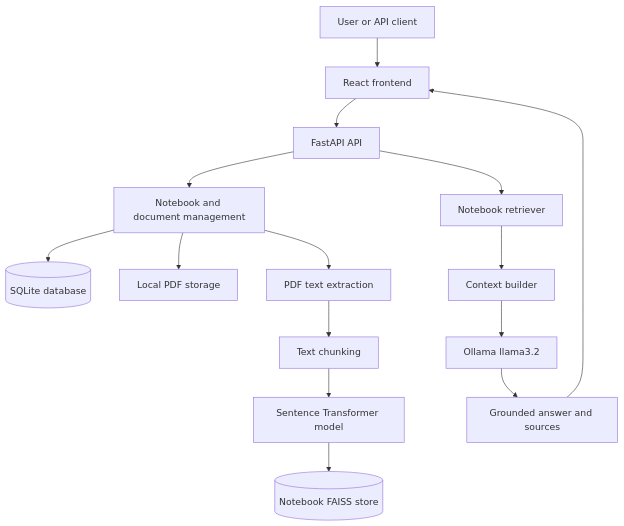
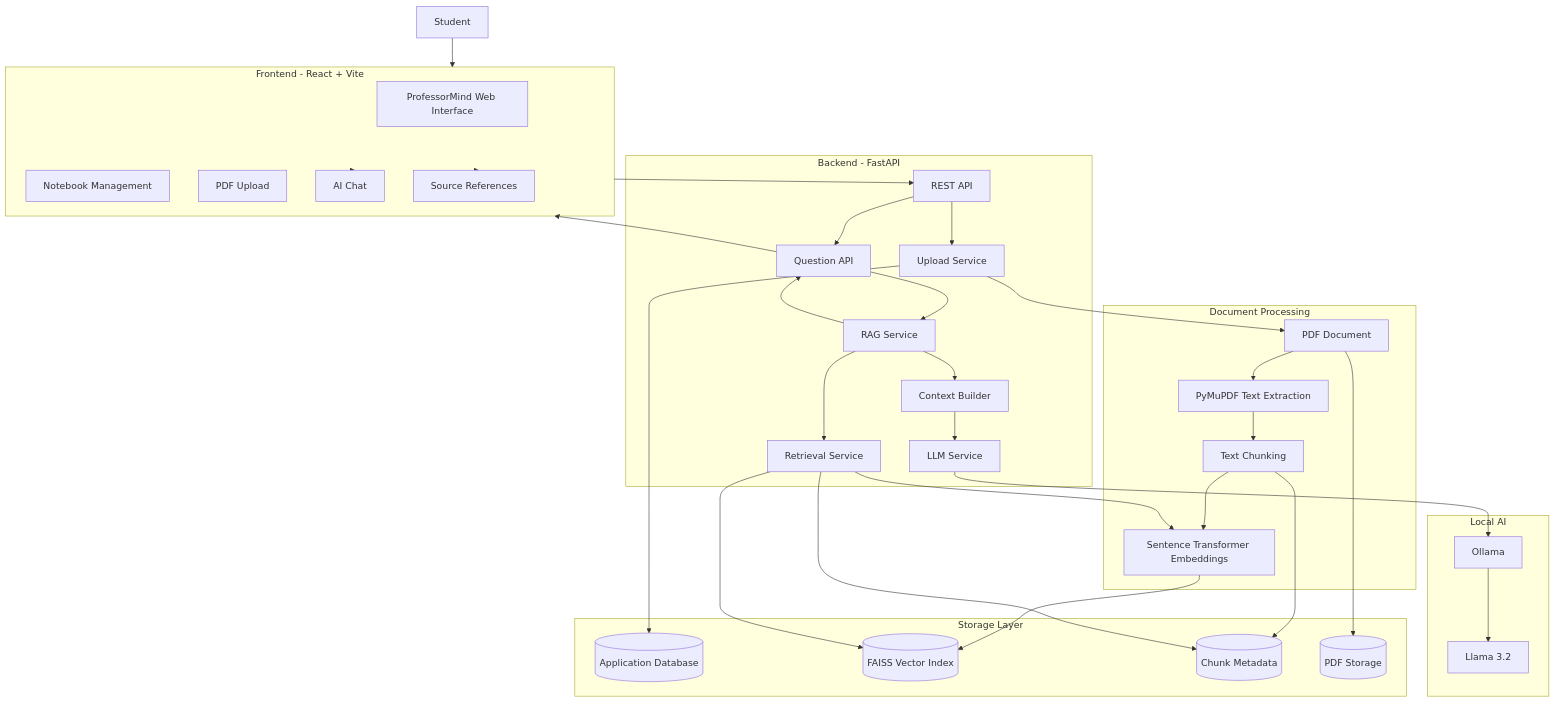
One commit to NAITIKK682/ProfessorMindAI changed the first of 15 diagrams in README.md. Above: the diagram before and after it, drawn with Mermaid. The commit also changed other lines of this file and 7 other files, not shown here.

````diff
--- a/README.md
+++ b/README.md
@@ -72,17 +298,74 @@
 ```mermaid
-flowchart TD
-    User[User or API client] --> Frontend[React frontend]
-    Frontend --> API[FastAPI API]
-    API --> Management[Notebook and document management]
-    Management --> Database[(SQLite database)]
-    Management --> Sources[Local PDF storage]
-    Management --> Extract[PDF text extraction]
-    Extract --> Chunk[Text chunking]
-    Chunk --> Embed[Sentence Transformer model]
-    Embed --> Store[(Notebook FAISS store)]
-    API --> Retrieve[Notebook retriever]
-    Retrieve --> Context[Context builder]
-    Context --> LLM[Ollama llama3.2]
-    LLM --> Answer[Grounded answer and sources]
-    Answer --> Frontend
+flowchart TB
+
+    USER[Student]
+
+    subgraph FRONTEND[Frontend - React + Vite]
+        UI[ProfessorMind Web Interface]
+        NOTEBOOK_UI[Notebook Management]
+        UPLOAD_UI[PDF Upload]
+        CHAT_UI[AI Chat]
+        SOURCE_UI[Source References]
+    end
+
+    subgraph BACKEND[Backend - FastAPI]
+        API[REST API]
+        UPLOAD[Upload Service]
+        QUESTION[Question API]
+        RAG[RAG Service]
+        RETRIEVAL[Retrieval Service]
+        CONTEXT[Context Builder]
+        LLM[LLM Service]
+    end
+
+    subgraph PROCESSING[Document Processing]
+        PDF[PDF Document]
+        EXTRACT[PyMuPDF Text Extraction]
+        CHUNK[Text Chunking]
+        EMBED[Sentence Transformer Embeddings]
+    end
+
+    subgraph STORAGE[Storage Layer]
+        DB[(Application Database)]
+        FAISS[(FAISS Vector Index)]
+        META[(Chunk Metadata)]
+        FILES[(PDF Storage)]
+    end
+
+    subgraph LOCAL_AI[Local AI]
+        OLLAMA[Ollama]
+        LLAMA[Llama 3.2]
+    end
+
+    USER --> FRONTEND
+    FRONTEND --> API
+
+    API --> UPLOAD
+    API --> QUESTION
+
+    UPLOAD --> PDF
+    PDF --> EXTRACT
+    EXTRACT --> CHUNK
+    CHUNK --> EMBED
+    EMBED --> FAISS
+    CHUNK --> META
+    PDF --> FILES
+    UPLOAD --> DB
+
+    QUESTION --> RAG
+    RAG --> RETRIEVAL
+    RETRIEVAL --> EMBED
+    RETRIEVAL --> FAISS
+    RETRIEVAL --> META
+
+    RAG --> CONTEXT
+    CONTEXT --> LLM
+    LLM --> OLLAMA
+    OLLAMA --> LLAMA
+
+    RAG --> QUESTION
+    QUESTION --> FRONTEND
+
+    FRONTEND --> SOURCE_UI
+    FRONTEND --> CHAT_UI
 ```
````
